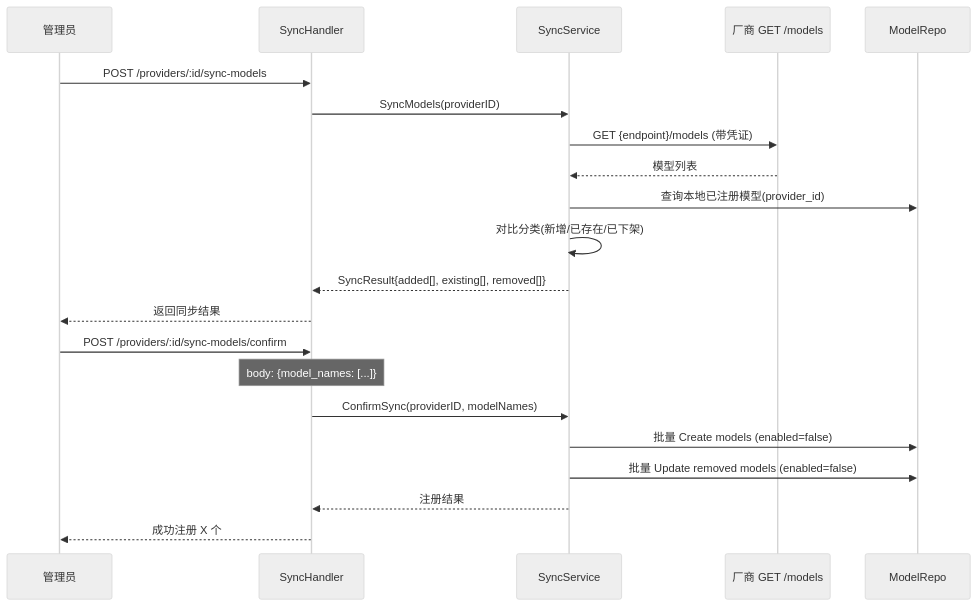
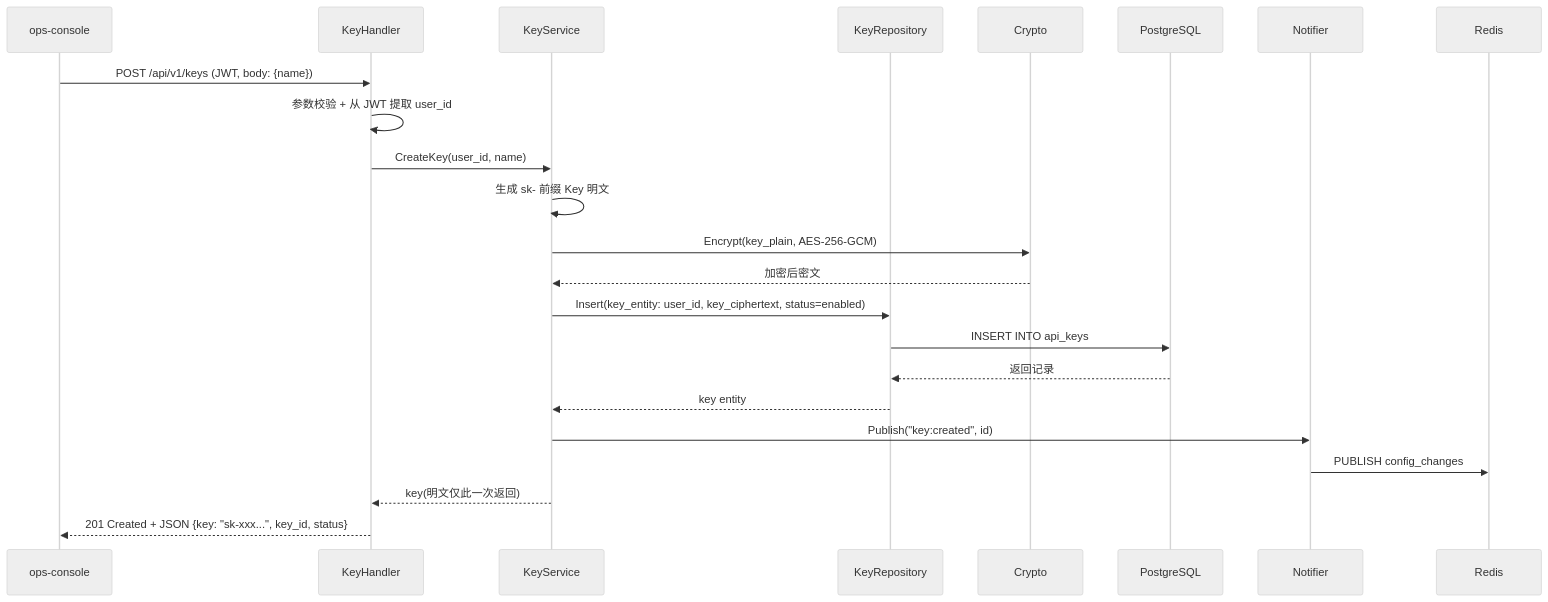
Before and after one commit to achieve-jsy/llm-gateway: the second of 3 diagrams in xspec/changes/control-plane/hld.delta.md, drawn with Mermaid (neutral theme). The commit also changed other lines of this file and 231 other files, not shown here.

First line of the commit message:
feat(auth): 实现 SSO 登录和 API Key 管理功能

````diff
--- a/xspec/changes/control-plane/hld.delta.md
+++ b/xspec/changes/control-plane/hld.delta.md
@@ -26,25 +37,26 @@
 ```mermaid
 sequenceDiagram
-    participant Admin as 管理员
-    participant API as SyncHandler
-    participant Svc as SyncService
-    participant Upstream as 厂商 GET /models
-    participant DB as ModelRepo
+    participant OC as ops-console
+    participant KH as KeyHandler
+    participant KS as KeyService
+    participant KR as KeyRepository
+    participant Crypto as Crypto
+    participant DB as PostgreSQL
+    participant N as Notifier
+    participant Redis as Redis
 
-    Admin->>API: POST /providers/:id/sync-models
-    API->>Svc: SyncModels(providerID)
-    Svc->>Upstream: GET {endpoint}/models (带凭证)
-    Upstream-->>Svc: 模型列表
-    Svc->>DB: 查询本地已注册模型(provider_id)
-    Svc->>Svc: 对比分类(新增/已存在/已下架)
-    Svc-->>API: SyncResult{added[], existing[], removed[]}
-    API-->>Admin: 返回同步结果
-
-    Admin->>API: POST /providers/:id/sync-models/confirm
-    Note over API: body: {model_names: [...]}
-    API->>Svc: ConfirmSync(providerID, modelNames)
-    Svc->>DB: 批量 Create models (enabled=false)
-    Svc->>DB: 批量 Update removed models (enabled=false)
-    Svc-->>API: 注册结果
-    API-->>Admin: 成功注册 X 个
+    OC->>KH: POST /api/v1/keys (JWT, body: {name})
+    KH->>KH: 参数校验 + 从 JWT 提取 user_id
+    KH->>KS: CreateKey(user_id, name)
+    KS->>KS: 生成 sk- 前缀 Key 明文
+    KS->>Crypto: Encrypt(key_plain, AES-256-GCM)
+    Crypto-->>KS: 加密后密文
+    KS->>KR: Insert(key_entity: user_id, key_ciphertext, status=enabled)
+    KR->>DB: INSERT INTO api_keys
+    DB-->>KR: 返回记录
+    KR-->>KS: key entity
+    KS->>N: Publish("key:created", id)
+    N->>Redis: PUBLISH config_changes
+    KS-->>KH: key(明文仅此一次返回)
+    KH-->>OC: 201 Created + JSON {key: "sk-xxx...", key_id, status}
 ```
````
